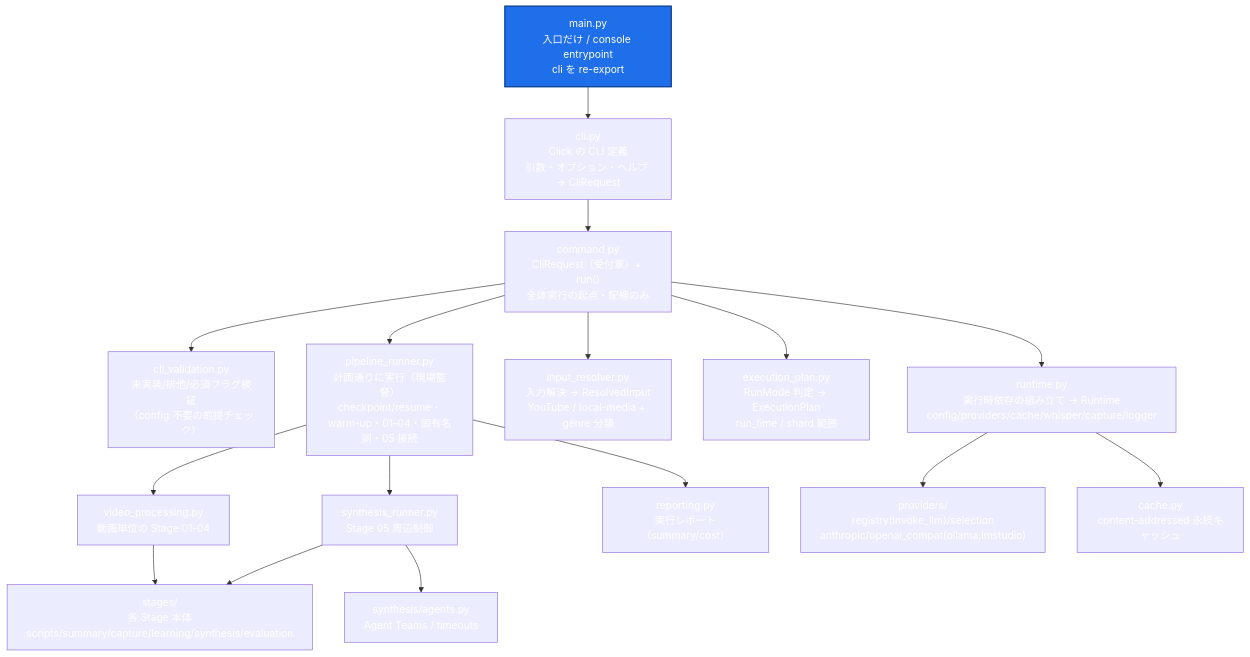
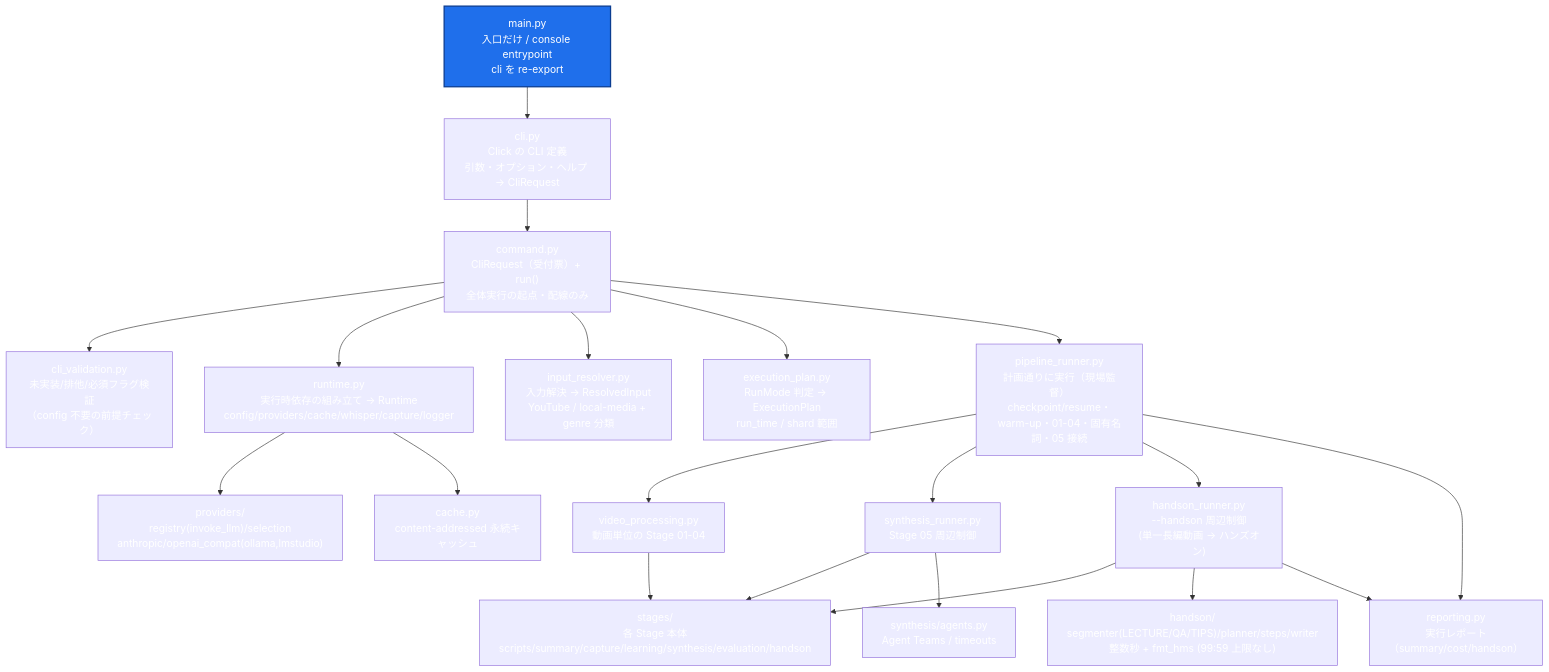
The diagram in docs/main-architecture.md (theosera/pipeline-youtube-SDK), drawn with Mermaid before and after one commit. The commit also changed other lines of this file and 35 other files, not shown here.

````diff
--- a/docs/main-architecture.md
+++ b/docs/main-architecture.md
@@ -29,31 +29,34 @@
 ```mermaid
 flowchart TD
     MAIN["main.py<br/>入口だけ / console entrypoint<br/>cli を re-export"]
     CLI["cli.py<br/>Click の CLI 定義<br/>引数・オプション・ヘルプ → CliRequest"]
     CMD["command.py<br/>CliRequest（受付票）+ run()<br/>全体実行の起点・配線のみ"]
 
     VALID["cli_validation.py<br/>未実装/排他/必須フラグ検証<br/>（config 不要の前提チェック）"]
     RUNTIME["runtime.py<br/>実行時依存の組み立て → Runtime<br/>config/providers/cache/whisper/capture/logger"]
     INPUT["input_resolver.py<br/>入力解決 → ResolvedInput<br/>YouTube / local-media + genre 分類"]
     PLAN["execution_plan.py<br/>RunMode 判定 → ExecutionPlan<br/>run_time / shard 範囲"]
     RUNNER["pipeline_runner.py<br/>計画通りに実行（現場監督）<br/>checkpoint/resume・warm-up・01-04・固有名詞・05 接続"]
 
     VIDEO["video_processing.py<br/>動画単位の Stage 01-04"]
     SYNTH_RUN["synthesis_runner.py<br/>Stage 05 周辺制御"]
-    REPORT["reporting.py<br/>実行レポート（summary/cost）"]
+    HANDSON_RUN["handson_runner.py<br/>--handson 周辺制御<br/>(単一長編動画 → ハンズオン)"]
+    REPORT["reporting.py<br/>実行レポート（summary/cost/handson）"]
 
-    STAGES["stages/<br/>各 Stage 本体<br/>scripts/summary/capture/learning/synthesis/evaluation"]
+    STAGES["stages/<br/>各 Stage 本体<br/>scripts/summary/capture/learning/synthesis/evaluation/handson"]
     SYNAGENTS["synthesis/agents.py<br/>Agent Teams / timeouts"]
+    HANDSONPKG["handson/<br/>segmenter(LECTURE/QA/TIPS)/planner/steps/writer<br/>整数秒 + fmt_hms (99:59 上限なし)"]
     PROVIDERS["providers/<br/>registry(invoke_llm)/selection<br/>anthropic/openai_compat(ollama,lmstudio)"]
     CACHE["cache.py<br/>content-addressed 永続キャッシュ"]
 
     MAIN --> CLI --> CMD
     CMD --> VALID & RUNTIME & INPUT & PLAN & RUNNER
-    RUNNER --> VIDEO & SYNTH_RUN & REPORT
+    RUNNER --> VIDEO & SYNTH_RUN & HANDSON_RUN & REPORT
     VIDEO --> STAGES
     SYNTH_RUN --> STAGES & SYNAGENTS
+    HANDSON_RUN --> STAGES & HANDSONPKG & REPORT
     RUNTIME --> PROVIDERS & CACHE
 
     classDef root fill:#1f6feb,color:#fff,stroke:#0b3d91,stroke-width:2px;
     class MAIN root;
 ```
````
